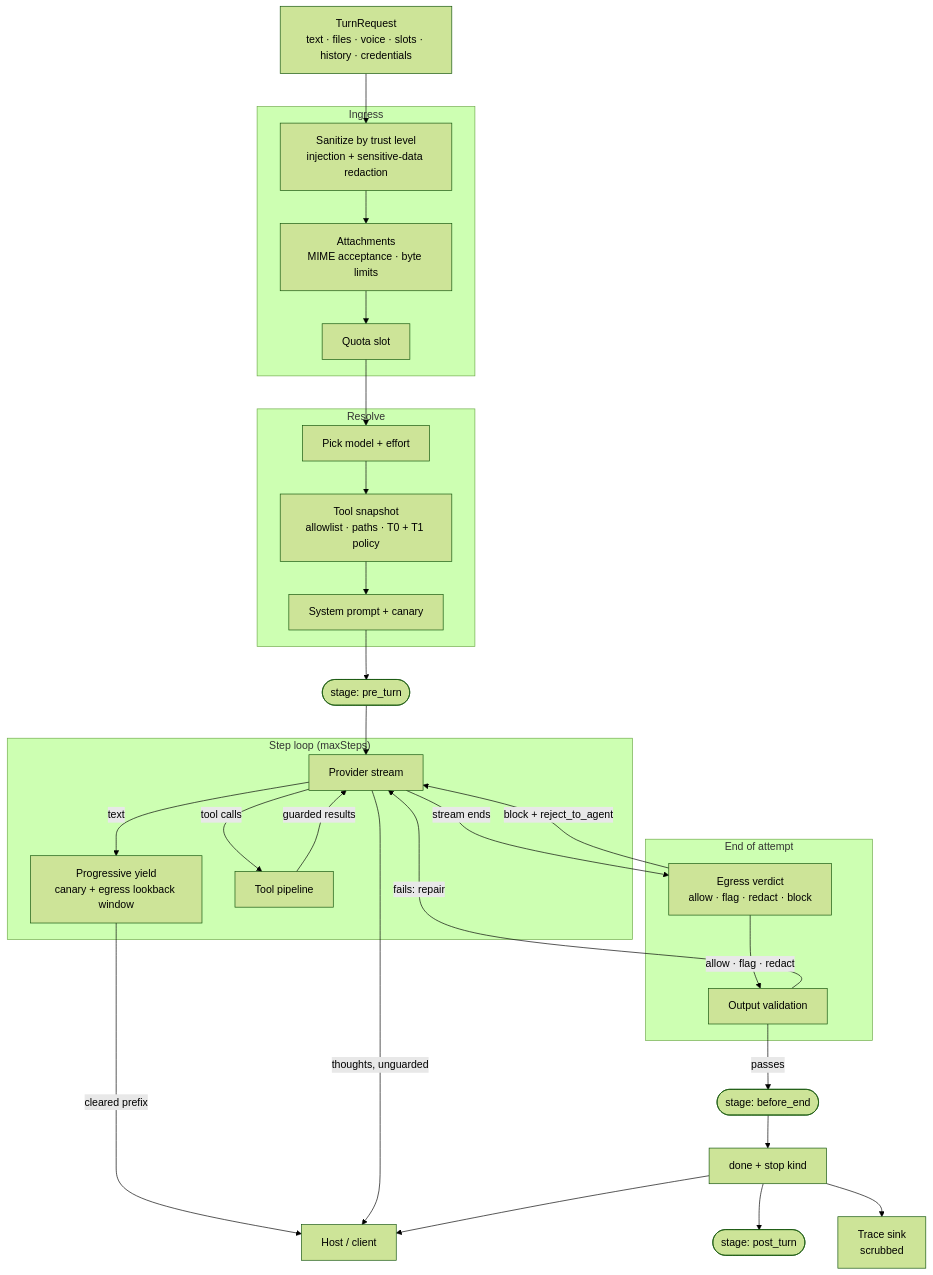
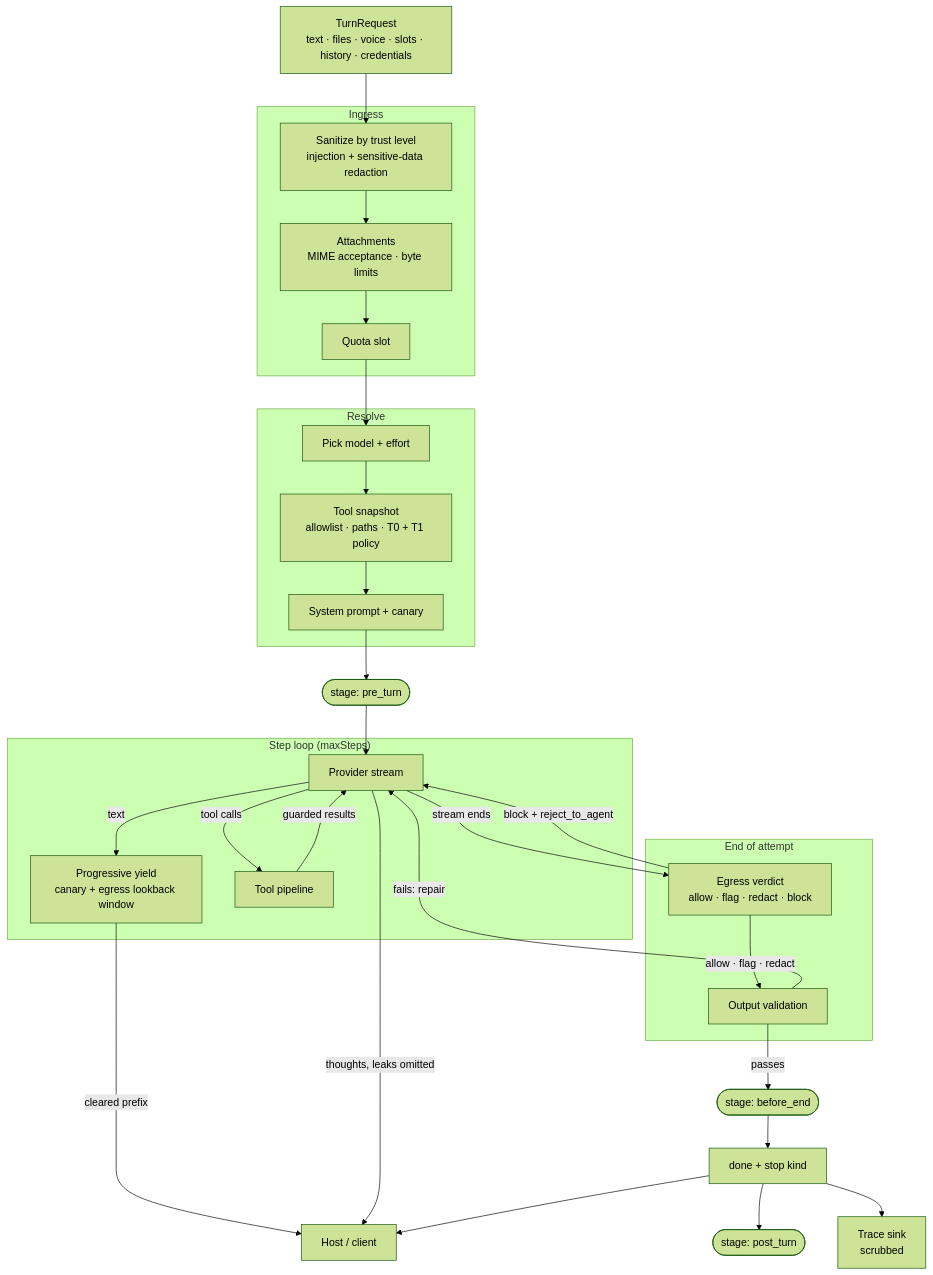
Before and after one commit to masudl-hub/theoremai: the first of 3 diagrams in README.md, drawn with Mermaid (forest theme). The commit also changed other lines of this file and 25 other files, not shown here.

````diff
--- a/README.md
+++ b/README.md
@@ -459,47 +459,47 @@
 ```mermaid
 flowchart TD
   REQ["TurnRequest<br/>text · files · voice · slots · history · credentials"]
 
   subgraph Ingress["Ingress"]
     SAN["Sanitize by trust level<br/>injection + sensitive-data redaction"]
     MEDIA["Attachments<br/>MIME acceptance · byte limits"]
     QUOTA["Quota slot"]
   end
 
   subgraph Resolve["Resolve"]
     PICK["Pick model + effort"]
     SNAP["Tool snapshot<br/>allowlist · paths · T0 + T1 policy"]
     SYS["System prompt + canary"]
   end
 
   PRE(["stage: pre_turn"])
 
   subgraph Loop["Step loop (maxSteps)"]
     PROV["Provider stream"]
     GATE["Progressive yield<br/>canary + egress lookback window"]
     TOOLS["Tool pipeline"]
   end
 
   subgraph Check["End of attempt"]
     EGR["Egress verdict<br/>allow · flag · redact · block"]
     VAL["Output validation"]
   end
 
   END(["stage: before_end"])
   DONE["done + stop kind"]
   POST(["stage: post_turn"])
   TRACE["Trace sink<br/>scrubbed"]
   HOST["Host / client"]
 
   REQ --> SAN --> MEDIA --> QUOTA --> PICK --> SNAP --> SYS --> PRE --> PROV
   PROV -->|text| GATE -->|cleared prefix| HOST
-  PROV -->|thoughts, unguarded| HOST
+  PROV -->|thoughts, leaks omitted| HOST
   PROV -->|tool calls| TOOLS -->|guarded results| PROV
   PROV -->|stream ends| EGR
   EGR -->|block + reject_to_agent| PROV
   EGR -->|allow · flag · redact| VAL
   VAL -->|fails: repair| PROV
   VAL -->|passes| END --> DONE --> POST
   DONE --> HOST
   DONE --> TRACE
 ```
````
